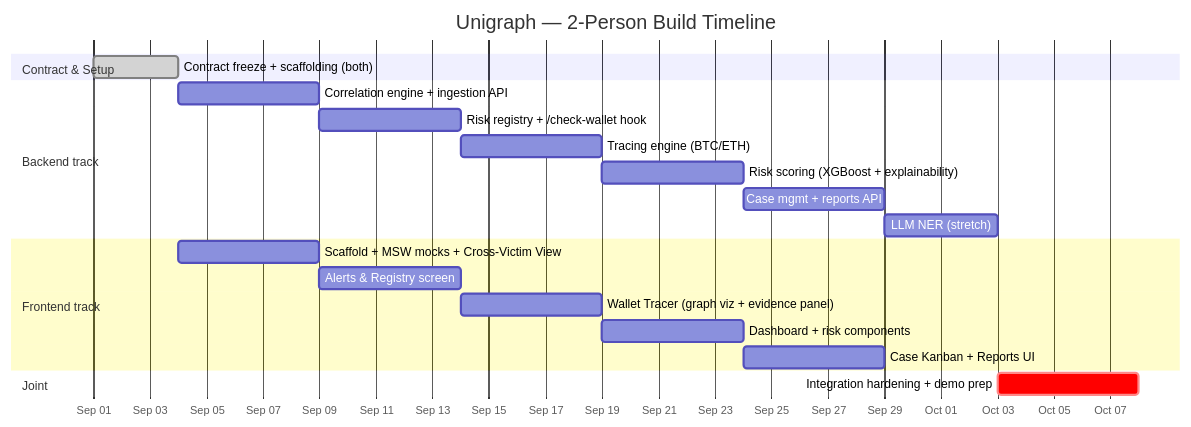
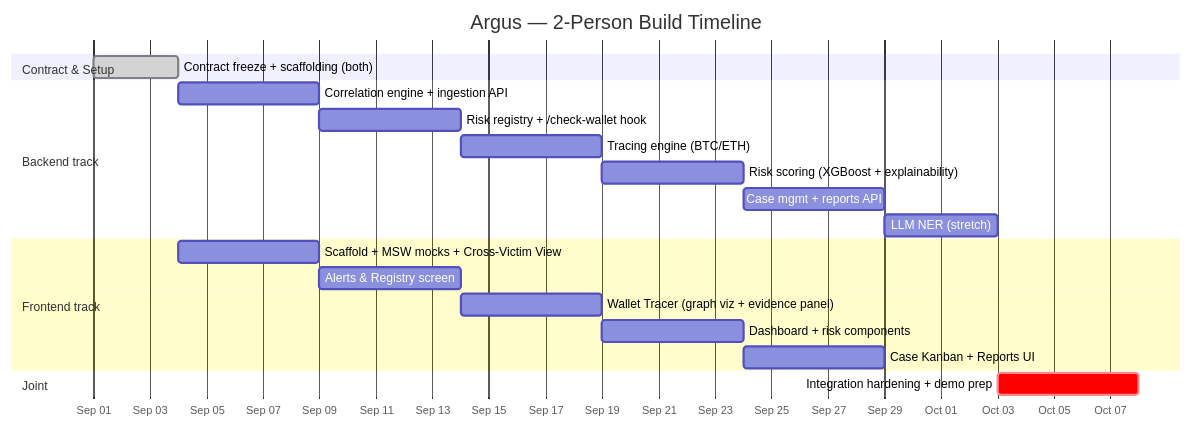
The third of 3 diagrams in sih-backend/docs/unigraph-prd-v2.md (UniqCoder/argusx), drawn with Mermaid before and after one commit. The commit also changed other lines of this file and 109 other files, not shown here.

First line of the commit message:
feat: integrate sih-backend feature branch (OSINT, sanctions, GraphSAGE risk pipeline)

````diff
--- a/sih-backend/docs/unigraph-prd-v2.md
+++ b/sih-backend/docs/unigraph-prd-v2.md
@@ -592,23 +552,23 @@
 ```mermaid
 gantt
-    title Unigraph — 2-Person Build Timeline
+    title Argus — 2-Person Build Timeline
     dateFormat  YYYY-MM-DD
     axisFormat  %b %d
     section Contract & Setup
     Contract freeze + scaffolding (both)         :done, setup, 2026-09-01, 3d
     section Backend track
     Correlation engine + ingestion API           :b1, after setup, 5d
     Risk registry + /check-wallet hook           :b2, after b1, 5d
     Tracing engine (BTC/ETH)                     :b3, after b2, 5d
     Risk scoring (XGBoost + explainability)      :b4, after b3, 5d
     Case mgmt + reports API                      :b5, after b4, 5d
     LLM NER (stretch)                            :b6, after b5, 4d
     section Frontend track
     Scaffold + MSW mocks + Cross-Victim View     :f1, after setup, 5d
     Alerts & Registry screen                     :f2, after f1, 5d
     Wallet Tracer (graph viz + evidence panel)   :f3, after f2, 5d
     Dashboard + risk components                  :f4, after f3, 5d
     Case Kanban + Reports UI                     :f5, after f4, 5d
     section Joint
     Integration hardening + demo prep            :crit, joint, after b6, 5d
 ```
````
